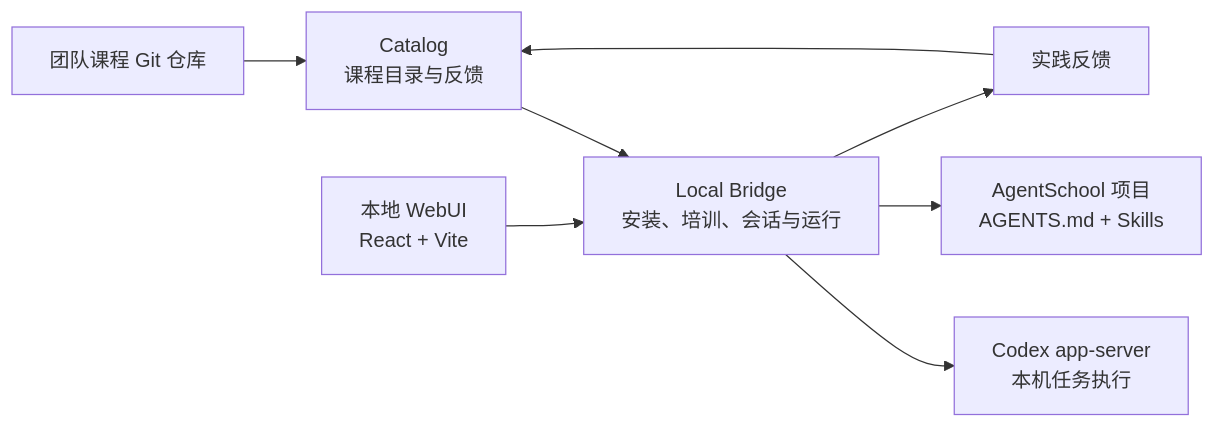
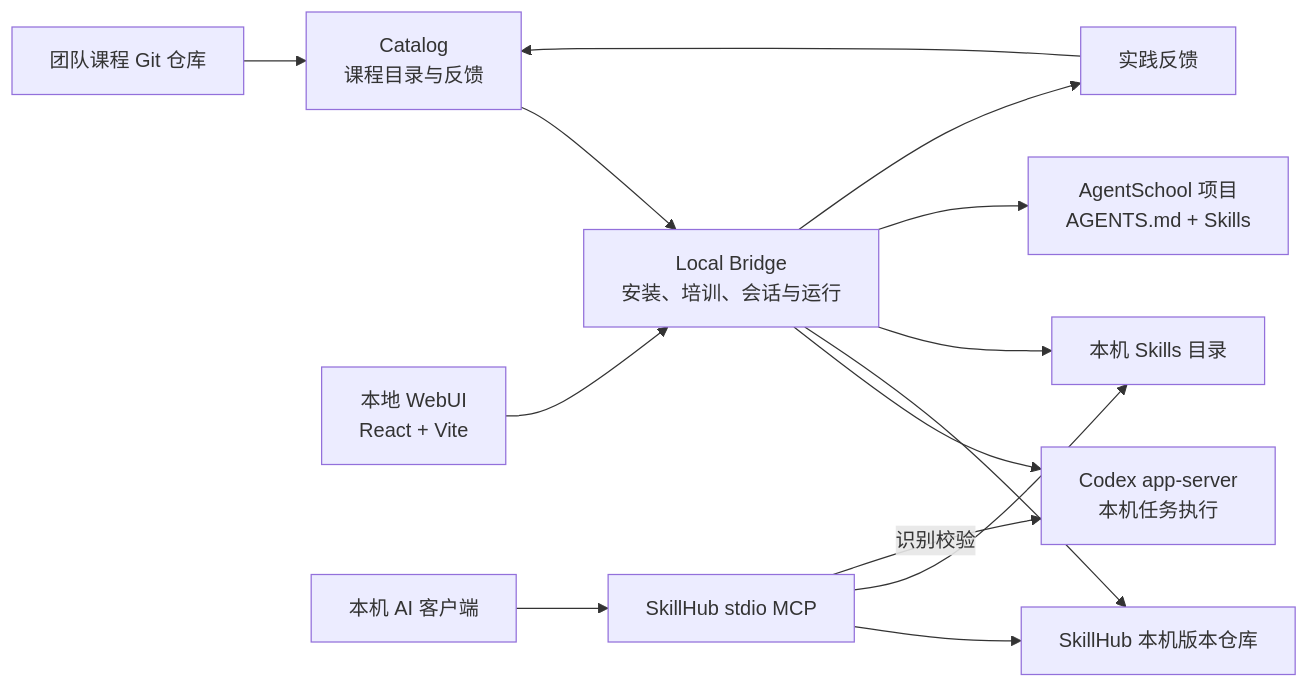
The diagram in README.md (leonzone/agent-school), drawn with Mermaid before and after one commit. The commit also changed other lines of this file and 44 other files, not shown here.

First line of the commit message:
feat: 新增 Skill 上传与 MCP 安装并支持 Codex Desktop 自动发现

````diff
--- a/README.md
+++ b/README.md
@@ -125,10 +150,16 @@
 ```mermaid
 flowchart LR
     Course[团队课程 Git 仓库] --> Catalog[Catalog<br/>课程目录与反馈]
     Catalog --> Bridge[Local Bridge<br/>安装、培训、会话与运行]
     Web[本地 WebUI<br/>React + Vite] --> Bridge
     Bridge --> Codex[Codex app-server<br/>本机任务执行]
+    Bridge --> Hub[SkillHub 本机版本仓库]
+    Client[本机 AI 客户端] --> MCP[SkillHub stdio MCP]
+    MCP --> Hub
+    MCP --> Skills[本机 Skills 目录]
+    Bridge --> Skills
+    MCP -->|识别校验| Codex
     Bridge --> Projects[AgentSchool 项目<br/>AGENTS.md + Skills]
     Bridge --> Feedback[实践反馈]
     Feedback --> Catalog
 ```
````
